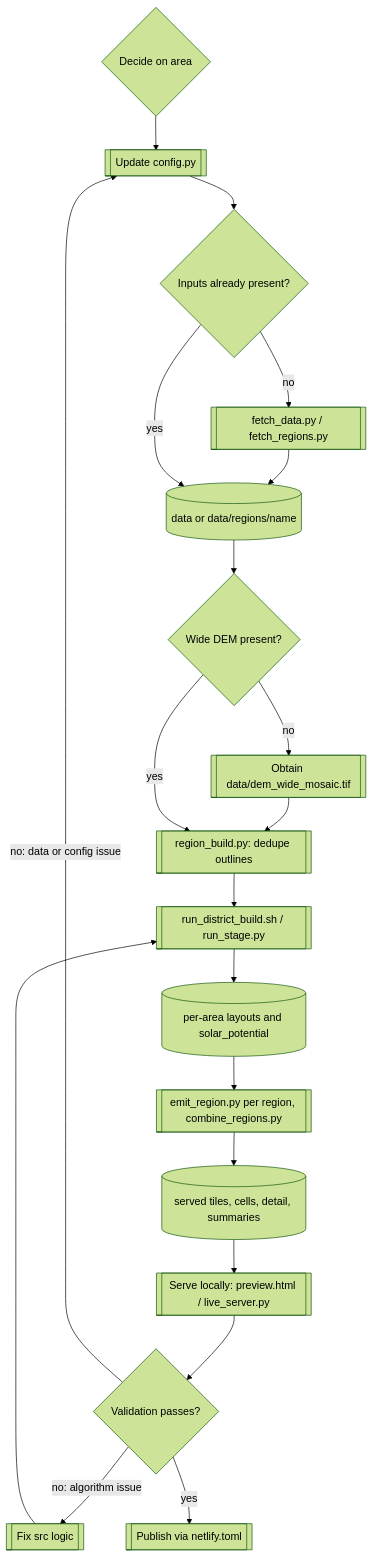
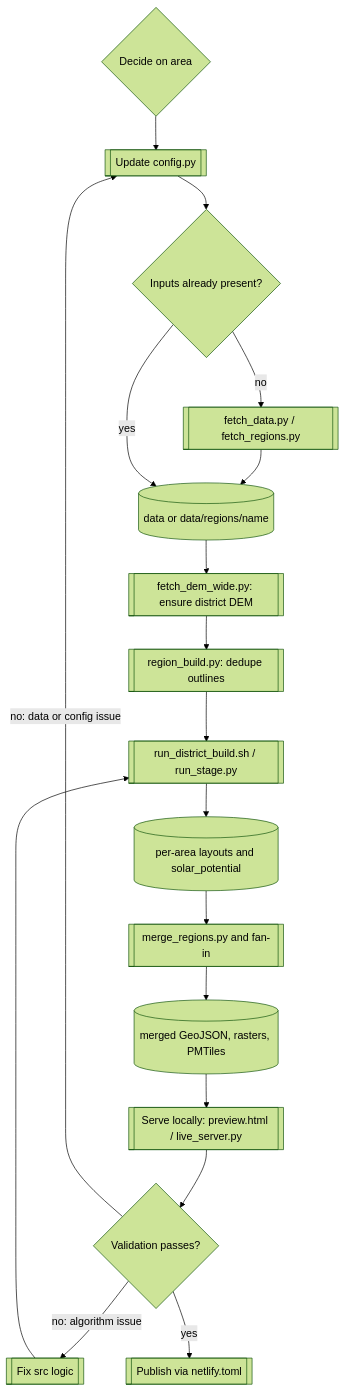
One commit to rewiring-nz/nz-solar-potential changed the diagram in docs/data-maintainers/dataset-operations.md. Above: the diagram before and after it, drawn with Mermaid (forest theme). The commit also changed other lines of this file, not shown here.

````diff
--- a/docs/data-maintainers/dataset-operations.md
+++ b/docs/data-maintainers/dataset-operations.md
@@ -14,22 +14,20 @@
 ```mermaid
 flowchart TB
   A{Decide on area} --> B[[Update config.py]]
   B --> C{Inputs already present?}
   C -- no --> D[[fetch_data.py / fetch_regions.py]]
   D --> E[(data or data/regions/name)]
   C -- yes --> E
-  E --> F{Wide DEM present?}
-  F -- no --> G[[Obtain data/dem_wide_mosaic.tif]]
-  G --> H[[region_build.py: dedupe outlines]]
-  F -- yes --> H
+  E --> F[[fetch_dem_wide.py: ensure district DEM]]
+  F --> H[[region_build.py: dedupe outlines]]
   H --> I[[run_district_build.sh / run_stage.py]]
   I --> J[(per-area layouts and solar_potential)]
-  J --> K[[emit_region.py per region, combine_regions.py]]
-  K --> L[(served tiles, cells, detail, summaries)]
+  J --> K[[merge_regions.py and fan-in]]
+  K --> L[(merged GeoJSON, rasters, PMTiles)]
   L --> M[[Serve locally: preview.html / live_server.py]]
   M --> N{Validation passes?}
   N -- no: data or config issue --> B
   N -- no: algorithm issue --> O[[Fix src logic]]
   O --> I
   N -- yes --> P[[Publish via netlify.toml]]
 ```
````
